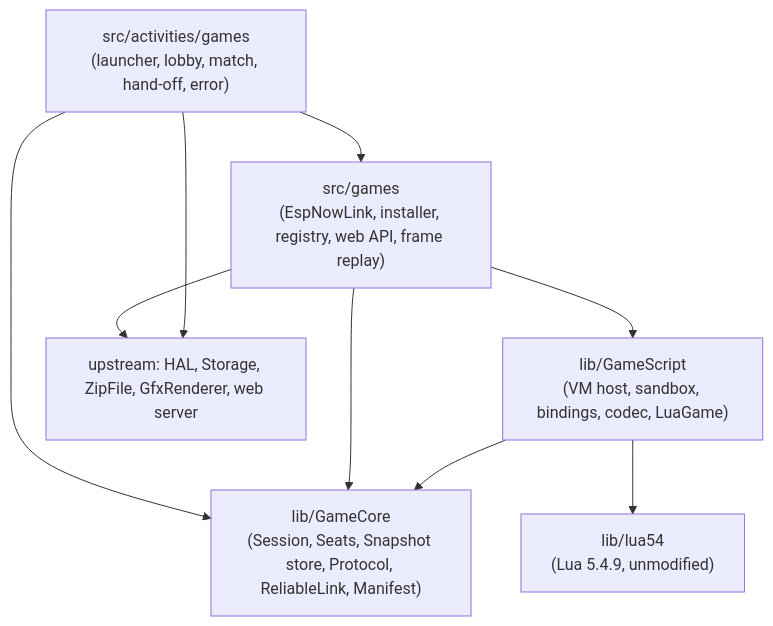
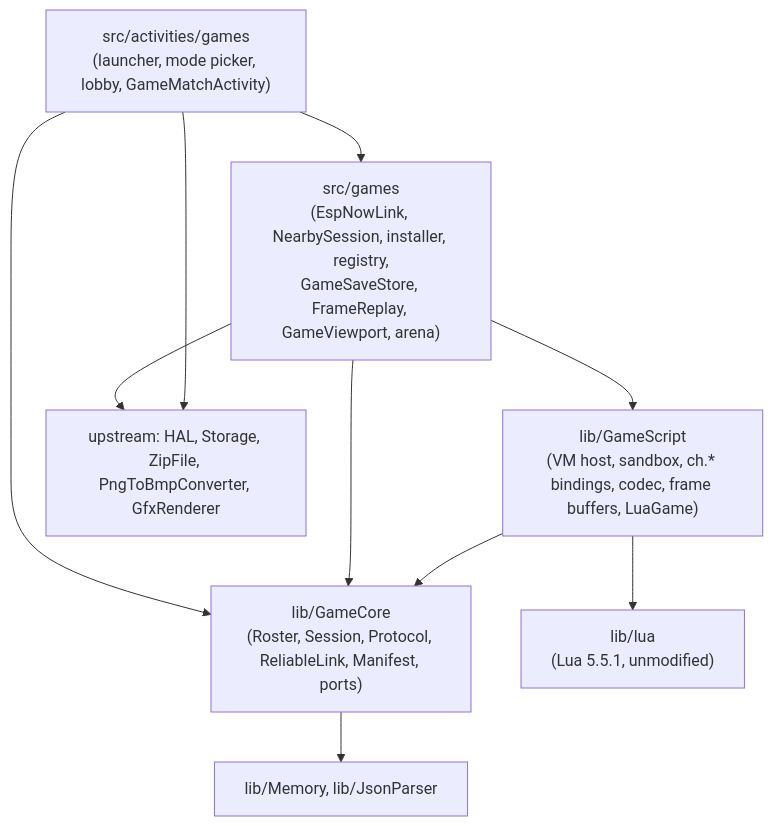
The first of 4 diagrams in _bmad-output/planning-artifacts/architecture/architecture-crosshatch-player-2026-09-26/ARCHITECTURE-SPINE.md (CarpeTelam/crosshatch-player), drawn with Mermaid before and after one commit. The commit also changed other lines of this file and 3 other files, not shown here.

First line of the commit message:
docs: revise architecture spine after reviewer gate

````diff
--- a/_bmad-output/planning-artifacts/architecture/architecture-crosshatch-player-2026-09-26/ARCHITECTURE-SPINE.md
+++ b/_bmad-output/planning-artifacts/architecture/architecture-crosshatch-player-2026-09-26/ARCHITECTURE-SPINE.md
@@ -38,11 +38,12 @@
 ```mermaid
 flowchart TD
-  ACT["src/activities/games<br/>(launcher, lobby, match, hand-off, error)"] --> ADP["src/games<br/>(EspNowLink, installer, registry, web API, frame replay)"]
-  ACT --> CORE["lib/GameCore<br/>(Session, Seats, Snapshot store, Protocol, ReliableLink, Manifest)"]
-  ADP --> SCR["lib/GameScript<br/>(VM host, sandbox, bindings, codec, LuaGame)"]
+  ACT["src/activities/games<br/>(launcher, mode picker, lobby, GameMatchActivity)"] --> ADP["src/games<br/>(EspNowLink, NearbySession, installer, registry,<br/>GameSaveStore, FrameReplay, GameViewport, arena)"]
+  ACT --> CORE["lib/GameCore<br/>(Roster, Session, Protocol, ReliableLink, Manifest, ports)"]
+  ADP --> SCR["lib/GameScript<br/>(VM host, sandbox, ch.* bindings, codec, frame buffers, LuaGame)"]
   ADP --> CORE
   SCR --> CORE
-  SCR --> LUA["lib/lua54<br/>(Lua 5.4.9, unmodified)"]
-  ADP --> HAL["upstream: HAL, Storage, ZipFile, GfxRenderer, web server"]
+  SCR --> LUA["lib/lua<br/>(Lua 5.5.1, unmodified)"]
+  CORE --> STD["lib/Memory, lib/JsonParser"]
+  ADP --> HAL["upstream: HAL, Storage, ZipFile, PngToBmpConverter, GfxRenderer"]
   ACT --> HAL
 ```
````
